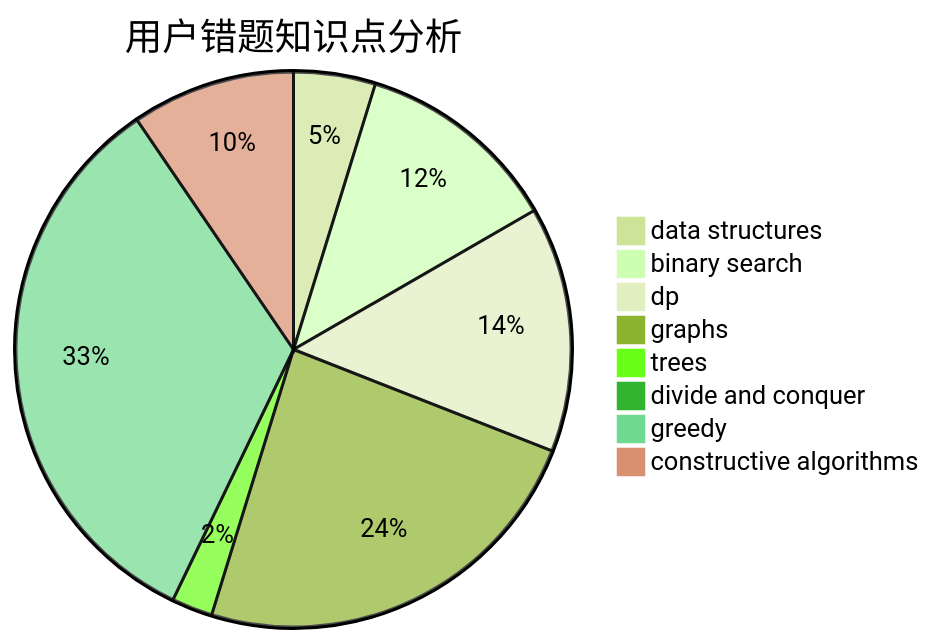
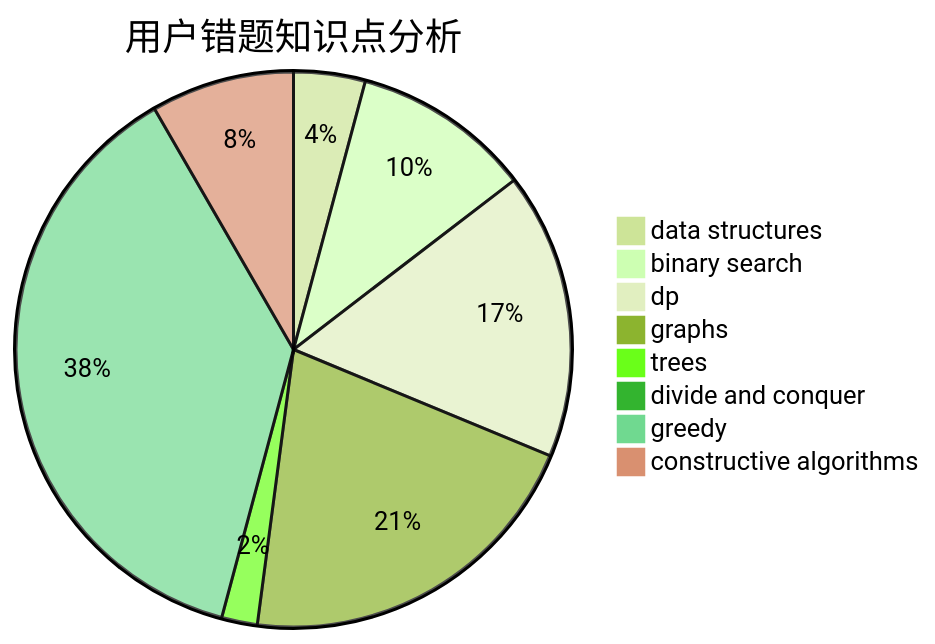
The third of 3 diagrams in docs/user/u2611.md (sherpahu/cfrs.github.io), drawn with Mermaid (forest theme) before and after one commit. The commit also changed other lines of this file and 2770 other files, not shown here.

````diff
--- a/docs/user/u2611.md
+++ b/docs/user/u2611.md
@@ -36,11 +36,11 @@
 ```mermaid
 pie title 用户错题知识点分析
     "data structures" :  2
     "binary search" :  5
-    "dp" :  6
+    "dp" :  8
     "graphs" :  10
     "trees" :  1
     "divide and conquer" :  0
-    "greedy" :  14
+    "greedy" :  18
     "constructive algorithms" :  4
 ```
````
